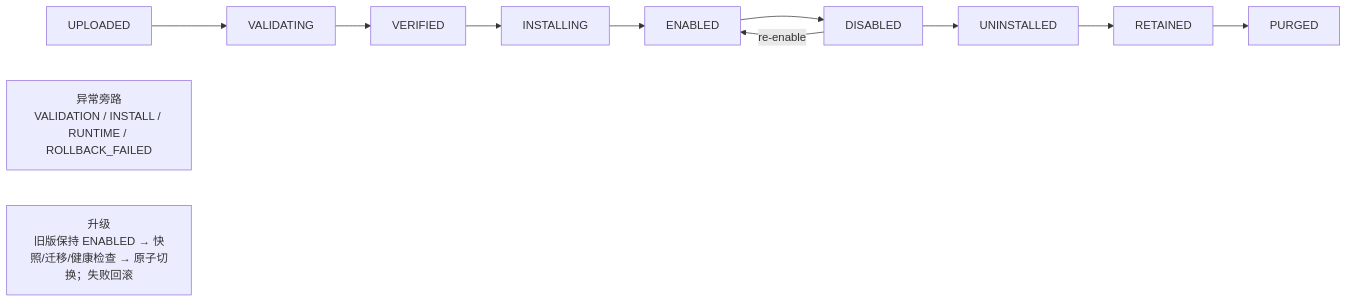
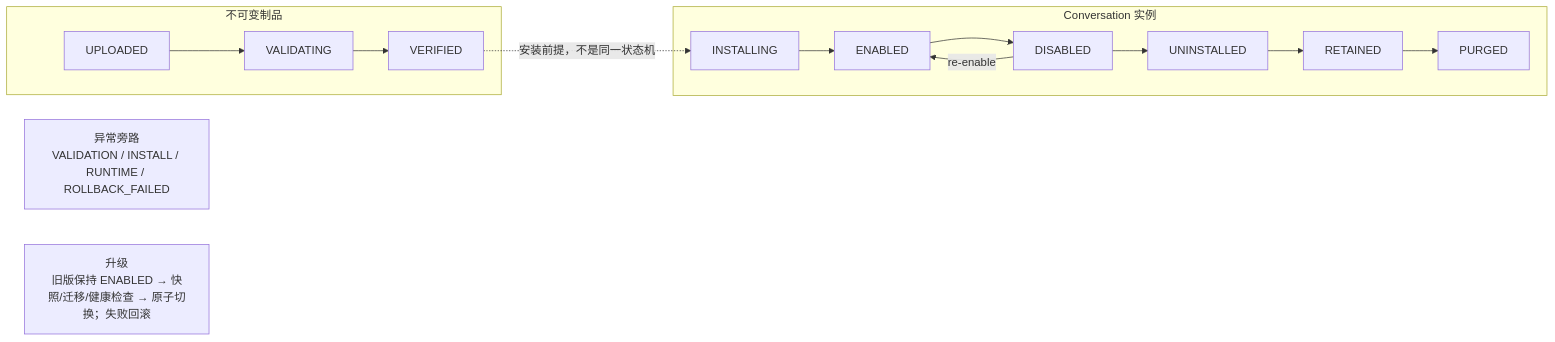
One commit to nilesthump/IM-platform changed the sixth of 9 diagrams in spec/architecture/frozen-architecture.md. Above: the diagram before and after it, drawn with Mermaid. The commit also changed other lines of this file and 62 other files, not shown here.

Commit message:
fix(architecture): reconcile frozen baseline and stage remediation

````diff
--- a/spec/architecture/frozen-architecture.md
+++ b/spec/architecture/frozen-architecture.md
@@ -560,9 +566,15 @@
 ```mermaid
 flowchart LR
-  Uploaded["UPLOADED"] --> Validating["VALIDATING"] --> Verified["VERIFIED"] --> Installing["INSTALLING"] --> Enabled["ENABLED"]
+  subgraph Artifact["不可变制品"]
+    Uploaded["UPLOADED"] --> Validating["VALIDATING"] --> Verified["VERIFIED"]
+  end
+  Verified -.->|"安装前提，不是同一状态机"| Installing
+  subgraph Instance["Conversation 实例"]
+    Installing["INSTALLING"] --> Enabled["ENABLED"]
   Enabled --> Disabled["DISABLED"] --> Uninstalled["UNINSTALLED"] --> Retained["RETAINED"] --> Purged["PURGED"]
   Disabled -->|"re-enable"| Enabled
+  end
   Exception["异常旁路<br/>VALIDATION / INSTALL / RUNTIME / ROLLBACK_FAILED"]
   Upgrade["升级<br/>旧版保持 ENABLED → 快照/迁移/健康检查 → 原子切换；失败回滚"]
-  %% 异常旁路与升级为原图的独立说明框，无连线。
+  %% 异常及升级仍遵循正文和 canonical lifecycle contracts。
 ```
````
